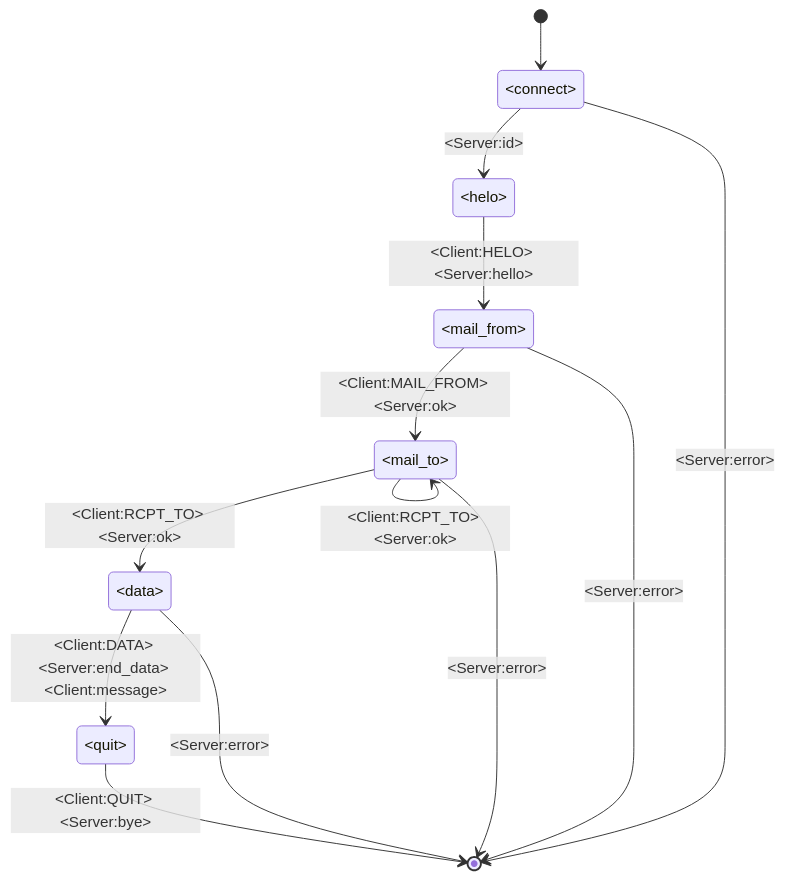
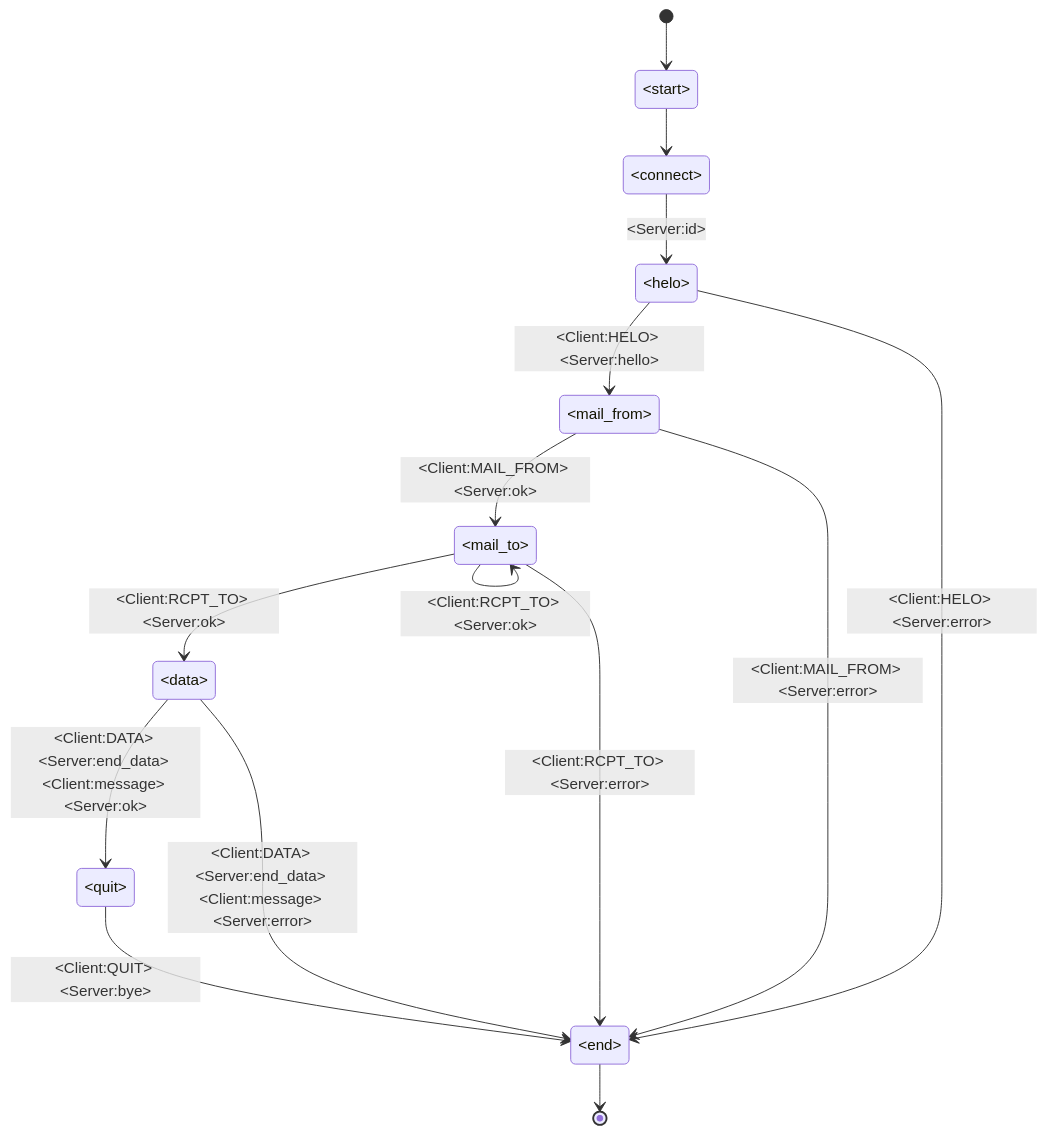
One commit to fandango-fuzzer/fandango changed the sixth of 6 diagrams in docs/Protocols.md. Above: the diagram before and after it, drawn with Mermaid. The commit also changed other lines of this file, not shown here.

Commit message:
Updated mermaid graphs

````diff
--- a/docs/Protocols.md
+++ b/docs/Protocols.md
@@ -440,15 +440,17 @@
 ```{mermaid}
 stateDiagram
-    [*] --> #lt;connect#gt;
+    [*] --> #lt;start#gt;
+    #lt;start#gt; --> #lt;connect#gt;
     #lt;connect#gt; --> #lt;helo#gt;: #lt;Server#colon;id#gt;
-    #lt;connect#gt; --> [*]: #lt;Server#colon;error#gt;
     #lt;helo#gt; --> #lt;mail_from#gt;: #lt;Client#colon;HELO#gt; #lt;Server#colon;hello#gt;
+    #lt;helo#gt; --> #lt;end#gt;: #lt;Client#colon;HELO#gt; #lt;Server#colon;error#gt;
     #lt;mail_from#gt; --> #lt;mail_to#gt;: #lt;Client#colon;MAIL_FROM#gt; #lt;Server#colon;ok#gt;
-    #lt;mail_from#gt; --> [*]: #lt;Server#colon;error#gt;
+    #lt;mail_from#gt; --> #lt;end#gt;: #lt;Client#colon;MAIL_FROM#gt; #lt;Server#colon;error#gt;
     #lt;mail_to#gt; --> #lt;data#gt;: #lt;Client#colon;RCPT_TO#gt; #lt;Server#colon;ok#gt;
     #lt;mail_to#gt; --> #lt;mail_to#gt;: #lt;Client#colon;RCPT_TO#gt; #lt;Server#colon;ok#gt;
-    #lt;mail_to#gt; --> [*]: #lt;Server#colon;error#gt;
-    #lt;data#gt; --> #lt;quit#gt;: #lt;Client#colon;DATA#gt; #lt;Server#colon;end_data#gt; #lt;Client#colon;message#gt;
-    #lt;data#gt; --> [*]: #lt;Server#colon;error#gt;
-    #lt;quit#gt; --> [*]: #lt;Client#colon;QUIT#gt; #lt;Server#colon;bye#gt;
+    #lt;mail_to#gt; --> #lt;end#gt;: #lt;Client#colon;RCPT_TO#gt; #lt;Server#colon;error#gt;
+    #lt;data#gt; --> #lt;quit#gt;: #lt;Client#colon;DATA#gt; #lt;Server#colon;end_data#gt; #lt;Client#colon;message#gt; #lt;Server#colon;ok#gt;
+    #lt;data#gt; --> #lt;end#gt;: #lt;Client#colon;DATA#gt; #lt;Server#colon;end_data#gt; #lt;Client#colon;message#gt; #lt;Server#colon;error#gt;
+    #lt;quit#gt; --> #lt;end#gt;: #lt;Client#colon;QUIT#gt; #lt;Server#colon;bye#gt;
+    #lt;end#gt; --> [*]
 ```
````
